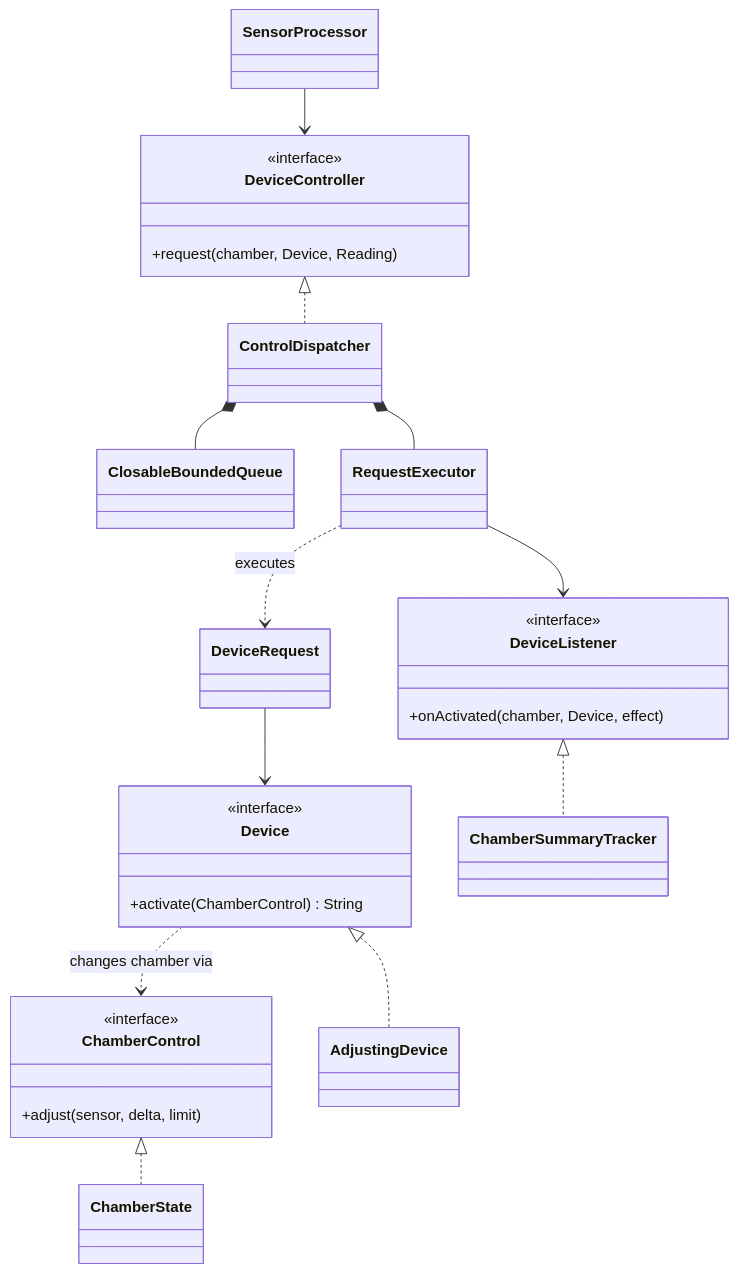
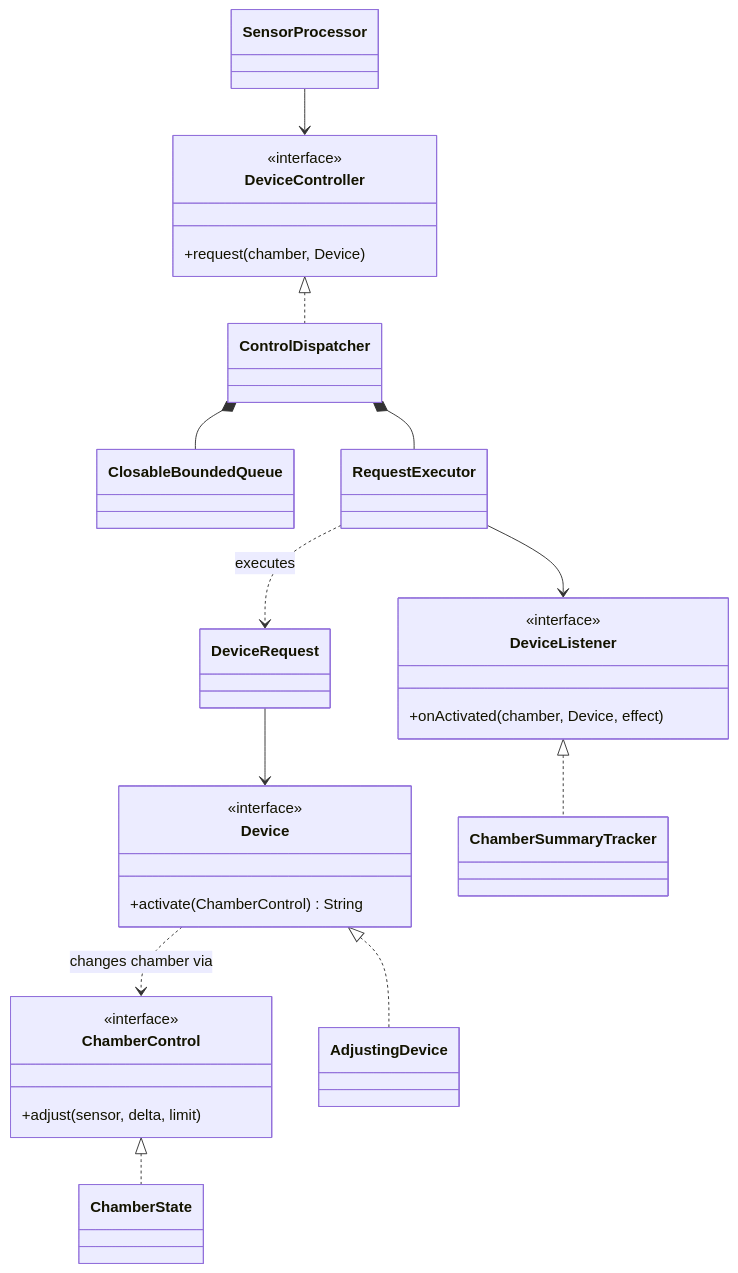
One commit to jarenlimhaan/se301-svfrms changed the fourth of 4 diagrams in README.md. Above: the diagram before and after it, drawn with Mermaid. The commit also changed other lines of this file and 35 other files, not shown here.

````diff
--- a/README.md
+++ b/README.md
@@ -189,31 +192,31 @@
 ```mermaid
 classDiagram
     direction TB
     class DeviceController {
         <<interface>>
-        +request(chamber, Device, Reading)
+        +request(chamber, Device)
     }
     class Device {
         <<interface>>
         +activate(ChamberControl) String
     }
     class ChamberControl {
         <<interface>>
         +adjust(sensor, delta, limit)
     }
     class DeviceListener {
         <<interface>>
         +onActivated(chamber, Device, effect)
     }
     SensorProcessor --> DeviceController
     DeviceController <|.. ControlDispatcher
     ControlDispatcher *-- ClosableBoundedQueue
     ControlDispatcher *-- RequestExecutor
     RequestExecutor ..> DeviceRequest : executes
     DeviceRequest --> Device
     Device <|.. AdjustingDevice
     Device ..> ChamberControl : changes chamber via
     ChamberControl <|.. ChamberState
     RequestExecutor --> DeviceListener
     DeviceListener <|.. ChamberSummaryTracker
 ```
````
